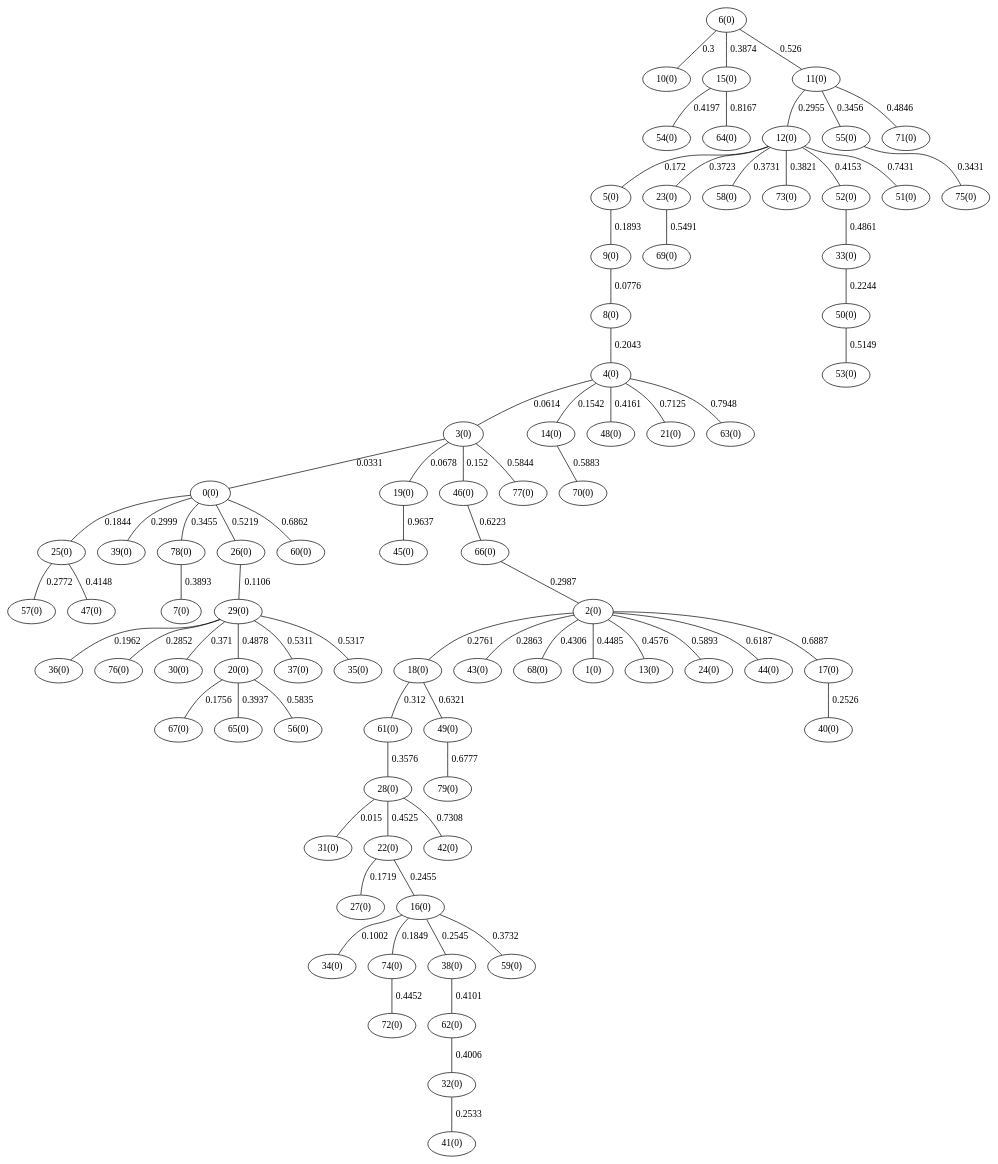
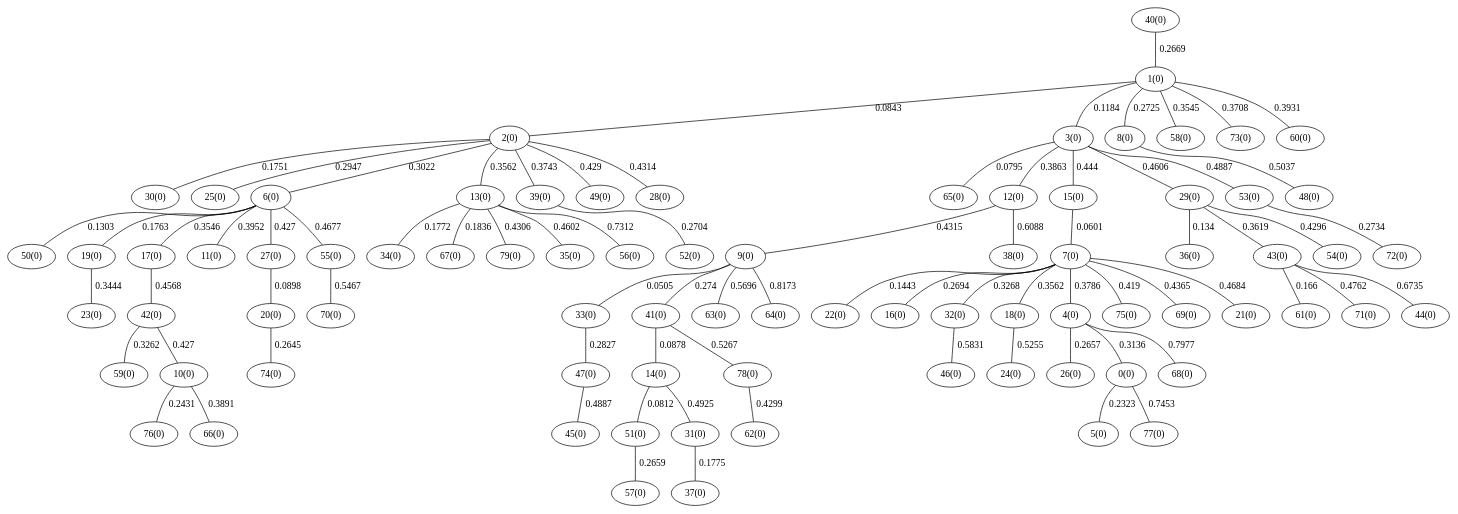
The diagram in proyecto_4/Prim/01Dorogovtsev,80_Prim.gv (UR00ing/DAA_proyecto), drawn with Graphviz before and after one commit. The commit also changed 98 other files, not shown here.

```diff
--- a/proyecto_4/Prim/01Dorogovtsev,80_Prim.gv
+++ b/proyecto_4/Prim/01Dorogovtsev,80_Prim.gv
@@ -1,81 +1,81 @@
 graph G {
-"6(0)" -- "10(0)" [label="0.3"];
-"6(0)" -- "15(0)" [label="0.3874"];
-"15(0)" -- "54(0)" [label="0.4197"];
-"6(0)" -- "11(0)" [label="0.526"];
-"11(0)" -- "12(0)" [label="0.2955"];
-"12(0)" -- "5(0)" [label="0.172"];
-"5(0)" -- "9(0)" [label="0.1893"];
-"9(0)" -- "8(0)" [label="0.0776"];
-"8(0)" -- "4(0)" [label="0.2043"];
-"4(0)" -- "3(0)" [label="0.0614"];
-"3(0)" -- "0(0)" [label="0.0331"];
-"3(0)" -- "19(0)" [label="0.0678"];
-"3(0)" -- "46(0)" [label="0.152"];
-"4(0)" -- "14(0)" [label="0.1542"];
-"0(0)" -- "25(0)" [label="0.1844"];
-"25(0)" -- "57(0)" [label="0.2772"];
-"0(0)" -- "39(0)" [label="0.2999"];
-"0(0)" -- "78(0)" [label="0.3455"];
-"11(0)" -- "55(0)" [label="0.3456"];
-"55(0)" -- "75(0)" [label="0.3431"];
-"12(0)" -- "23(0)" [label="0.3723"];
-"12(0)" -- "58(0)" [label="0.3731"];
-"12(0)" -- "73(0)" [label="0.3821"];
-"78(0)" -- "7(0)" [label="0.3893"];
-"25(0)" -- "47(0)" [label="0.4148"];
-"12(0)" -- "52(0)" [label="0.4153"];
-"4(0)" -- "48(0)" [label="0.4161"];
-"11(0)" -- "71(0)" [label="0.4846"];
-"52(0)" -- "33(0)" [label="0.4861"];
-"33(0)" -- "50(0)" [label="0.2244"];
-"50(0)" -- "53(0)" [label="0.5149"];
-"0(0)" -- "26(0)" [label="0.5219"];
-"26(0)" -- "29(0)" [label="0.1106"];
-"29(0)" -- "36(0)" [label="0.1962"];
-"29(0)" -- "76(0)" [label="0.2852"];
-"29(0)" -- "30(0)" [label="0.371"];
-"29(0)" -- "20(0)" [label="0.4878"];
-"20(0)" -- "67(0)" [label="0.1756"];
-"20(0)" -- "65(0)" [label="0.3937"];
-"29(0)" -- "37(0)" [label="0.5311"];
-"29(0)" -- "35(0)" [label="0.5317"];
-"23(0)" -- "69(0)" [label="0.5491"];
-"20(0)" -- "56(0)" [label="0.5835"];
-"3(0)" -- "77(0)" [label="0.5844"];
-"14(0)" -- "70(0)" [label="0.5883"];
-"46(0)" -- "66(0)" [label="0.6223"];
-"66(0)" -- "2(0)" [label="0.2987"];
-"2(0)" -- "18(0)" [label="0.2761"];
-"2(0)" -- "43(0)" [label="0.2863"];
-"18(0)" -- "61(0)" [label="0.312"];
-"61(0)" -- "28(0)" [label="0.3576"];
-"28(0)" -- "31(0)" [label="0.015"];
-"2(0)" -- "68(0)" [label="0.4306"];
-"2(0)" -- "1(0)" [label="0.4485"];
-"28(0)" -- "22(0)" [label="0.4525"];
-"22(0)" -- "27(0)" [label="0.1719"];
-"22(0)" -- "16(0)" [label="0.2455"];
-"16(0)" -- "34(0)" [label="0.1002"];
-"16(0)" -- "74(0)" [label="0.1849"];
-"16(0)" -- "38(0)" [label="0.2545"];
-"16(0)" -- "59(0)" [label="0.3732"];
-"38(0)" -- "62(0)" [label="0.4101"];
-"62(0)" -- "32(0)" [label="0.4006"];
-"32(0)" -- "41(0)" [label="0.2533"];
-"74(0)" -- "72(0)" [label="0.4452"];
-"2(0)" -- "13(0)" [label="0.4576"];
-"2(0)" -- "24(0)" [label="0.5893"];
-"2(0)" -- "44(0)" [label="0.6187"];
-"18(0)" -- "49(0)" [label="0.6321"];
-"49(0)" -- "79(0)" [label="0.6777"];
-"0(0)" -- "60(0)" [label="0.6862"];
-"2(0)" -- "17(0)" [label="0.6887"];
-"17(0)" -- "40(0)" [label="0.2526"];
-"4(0)" -- "21(0)" [label="0.7125"];
-"28(0)" -- "42(0)" [label="0.7308"];
-"12(0)" -- "51(0)" [label="0.7431"];
-"4(0)" -- "63(0)" [label="0.7948"];
-"15(0)" -- "64(0)" [label="0.8167"];
-"19(0)" -- "45(0)" [label="0.9637"];
+"40(0)" -- "1(0)" [label="0.2669"];
+"1(0)" -- "2(0)" [label="0.0843"];
+"1(0)" -- "3(0)" [label="0.1184"];
+"3(0)" -- "65(0)" [label="0.0795"];
+"2(0)" -- "30(0)" [label="0.1751"];
+"1(0)" -- "8(0)" [label="0.2725"];
+"2(0)" -- "25(0)" [label="0.2947"];
+"2(0)" -- "6(0)" [label="0.3022"];
+"6(0)" -- "50(0)" [label="0.1303"];
+"6(0)" -- "19(0)" [label="0.1763"];
+"19(0)" -- "23(0)" [label="0.3444"];
+"1(0)" -- "58(0)" [label="0.3545"];
+"6(0)" -- "17(0)" [label="0.3546"];
+"2(0)" -- "13(0)" [label="0.3562"];
+"13(0)" -- "34(0)" [label="0.1772"];
+"13(0)" -- "67(0)" [label="0.1836"];
+"1(0)" -- "73(0)" [label="0.3708"];
+"2(0)" -- "39(0)" [label="0.3743"];
+"39(0)" -- "52(0)" [label="0.2704"];
+"3(0)" -- "12(0)" [label="0.3863"];
+"1(0)" -- "60(0)" [label="0.3931"];
+"6(0)" -- "11(0)" [label="0.3952"];
+"6(0)" -- "27(0)" [label="0.427"];
+"27(0)" -- "20(0)" [label="0.0898"];
+"20(0)" -- "74(0)" [label="0.2645"];
+"2(0)" -- "49(0)" [label="0.429"];
+"13(0)" -- "79(0)" [label="0.4306"];
+"2(0)" -- "28(0)" [label="0.4314"];
+"12(0)" -- "9(0)" [label="0.4315"];
+"9(0)" -- "33(0)" [label="0.0505"];
+"9(0)" -- "41(0)" [label="0.274"];
+"41(0)" -- "14(0)" [label="0.0878"];
+"14(0)" -- "51(0)" [label="0.0812"];
+"51(0)" -- "57(0)" [label="0.2659"];
+"33(0)" -- "47(0)" [label="0.2827"];
+"3(0)" -- "15(0)" [label="0.444"];
+"15(0)" -- "7(0)" [label="0.0601"];
+"7(0)" -- "22(0)" [label="0.1443"];
+"7(0)" -- "16(0)" [label="0.2694"];
+"7(0)" -- "32(0)" [label="0.3268"];
+"7(0)" -- "18(0)" [label="0.3562"];
+"7(0)" -- "4(0)" [label="0.3786"];
+"4(0)" -- "26(0)" [label="0.2657"];
+"4(0)" -- "0(0)" [label="0.3136"];
+"0(0)" -- "5(0)" [label="0.2323"];
+"7(0)" -- "75(0)" [label="0.419"];
+"7(0)" -- "69(0)" [label="0.4365"];
+"17(0)" -- "42(0)" [label="0.4568"];
+"42(0)" -- "59(0)" [label="0.3262"];
+"42(0)" -- "10(0)" [label="0.427"];
+"10(0)" -- "76(0)" [label="0.2431"];
+"10(0)" -- "66(0)" [label="0.3891"];
+"13(0)" -- "35(0)" [label="0.4602"];
+"3(0)" -- "29(0)" [label="0.4606"];
+"29(0)" -- "36(0)" [label="0.134"];
+"29(0)" -- "43(0)" [label="0.3619"];
+"43(0)" -- "61(0)" [label="0.166"];
+"29(0)" -- "54(0)" [label="0.4296"];
+"6(0)" -- "55(0)" [label="0.4677"];
+"7(0)" -- "21(0)" [label="0.4684"];
+"43(0)" -- "71(0)" [label="0.4762"];
+"47(0)" -- "45(0)" [label="0.4887"];
+"3(0)" -- "53(0)" [label="0.4887"];
+"53(0)" -- "72(0)" [label="0.2734"];
+"14(0)" -- "31(0)" [label="0.4925"];
+"31(0)" -- "37(0)" [label="0.1775"];
+"8(0)" -- "48(0)" [label="0.5037"];
+"18(0)" -- "24(0)" [label="0.5255"];
+"41(0)" -- "78(0)" [label="0.5267"];
+"78(0)" -- "62(0)" [label="0.4299"];
+"55(0)" -- "70(0)" [label="0.5467"];
+"9(0)" -- "63(0)" [label="0.5696"];
+"32(0)" -- "46(0)" [label="0.5831"];
+"12(0)" -- "38(0)" [label="0.6088"];
+"43(0)" -- "44(0)" [label="0.6735"];
+"13(0)" -- "56(0)" [label="0.7312"];
+"0(0)" -- "77(0)" [label="0.7453"];
+"4(0)" -- "68(0)" [label="0.7977"];
+"9(0)" -- "64(0)" [label="0.8173"];
 }
```
